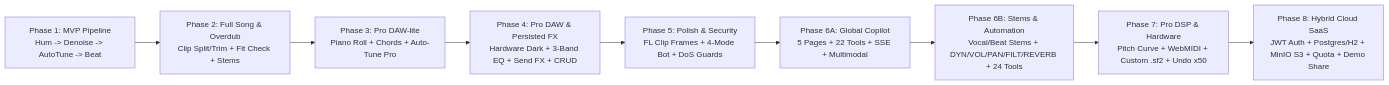
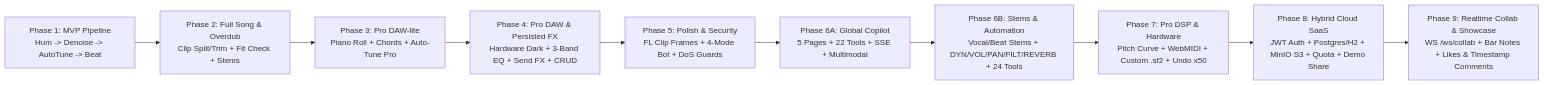
One commit to HuynhNgocQuang-hub/ai-music-studio changed the diagram in docs/PHASES_OVERVIEW.md. Above: the diagram before and after it, drawn with Mermaid. The commit also changed other lines of this file and 26 other files, not shown here.

Commit message:
feat(phase9): add realtime WebSocket Studio collab, bar notes & Share likes/timestamp comments

````diff
--- a/docs/PHASES_OVERVIEW.md
+++ b/docs/PHASES_OVERVIEW.md
@@ -28,11 +29,12 @@
 ```mermaid
 flowchart LR
     P1["Phase 1: MVP Pipeline<br/>Hum -> Denoise -> AutoTune -> Beat"] --> P2["Phase 2: Full Song & Overdub<br/>Clip Split/Trim + Fit Check + Stems"]
     P2 --> P3["Phase 3: Pro DAW-lite<br/>Piano Roll + Chords + Auto-Tune Pro"]
     P3 --> P4["Phase 4: Pro DAW & Persisted FX<br/>Hardware Dark + 3-Band EQ + Send FX + CRUD"]
     P4 --> P5["Phase 5: Polish & Security<br/>FL Clip Frames + 4-Mode Bot + DoS Guards"]
     P5 --> P6A["Phase 6A: Global Copilot<br/>5 Pages + 22 Tools + SSE + Multimodal"]
     P6A --> P6B["Phase 6B: Stems & Automation<br/>Vocal/Beat Stems + DYN/VOL/PAN/FILT/REVERB + 24 Tools"]
     P6B --> P7["Phase 7: Pro DSP & Hardware<br/>Pitch Curve + WebMIDI + Custom .sf2 + Undo x50"]
     P7 --> P8["Phase 8: Hybrid Cloud SaaS<br/>JWT Auth + Postgres/H2 + MinIO S3 + Quota + Demo Share"]
+    P8 --> P9["Phase 9: Realtime Collab & Showcase<br/>WS /ws/collab + Bar Notes + Likes & Timestamp Comments"]
 ```
````
